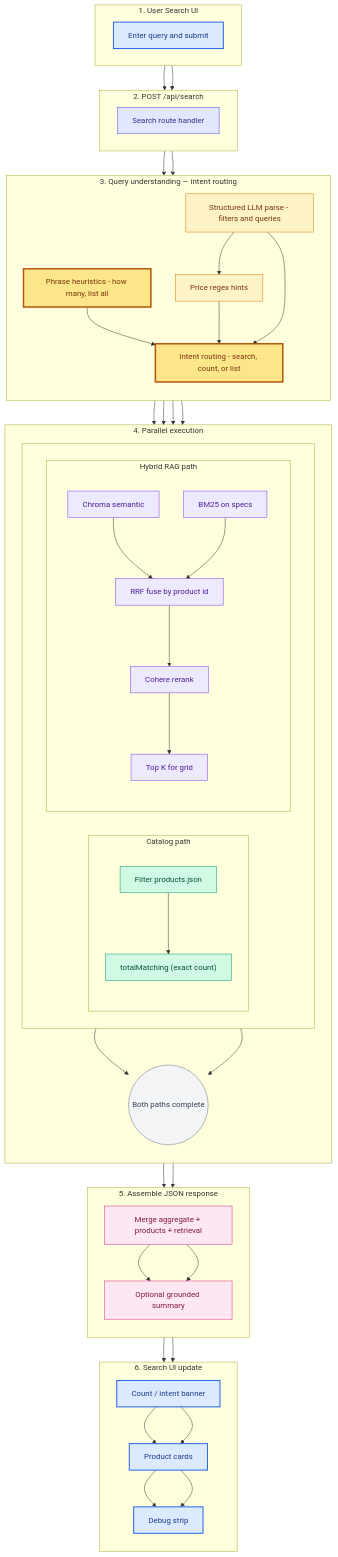
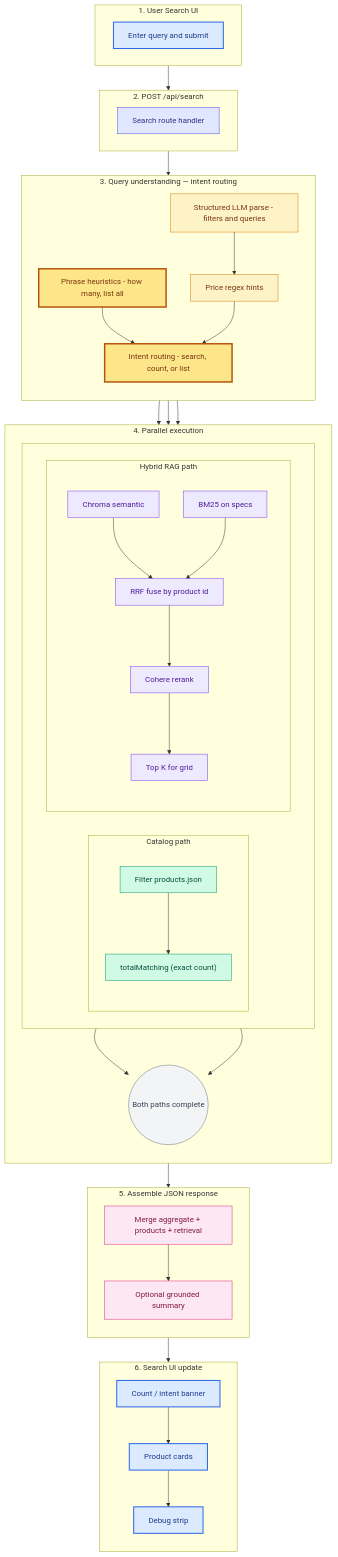
The diagram in README.md (ShivP102/e-commerce-assistant), drawn with Mermaid before and after one commit.

Commit message:
small corrections

```diff
--- a/README.md
+++ b/README.md
@@ -110,8 +110,6 @@
   S4Join --> Merge
   Summary --> Banner
 
-  UI --> API --> Parse --> Intent --> S4Join --> Merge --> Summary --> Banner --> Cards --> Debug
-
   classDef user fill:#DBEAFE,stroke:#2563EB,color:#1E3A8A,stroke-width:2px
   classDef api fill:#E0E7FF,stroke:#4F46E5,color:#312E81
   classDef parse fill:#FEF3C7,stroke:#D97706,color:#78350F
```
